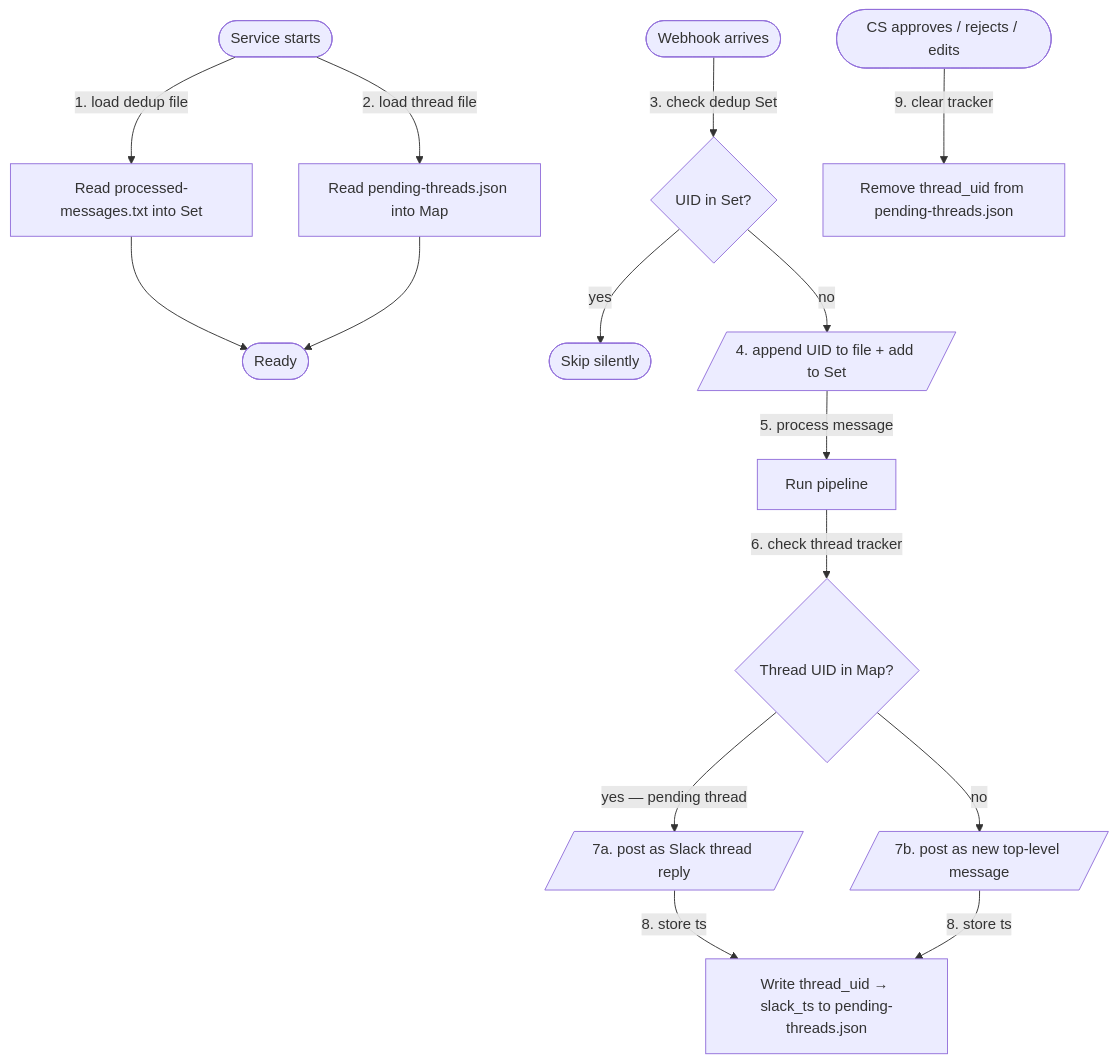
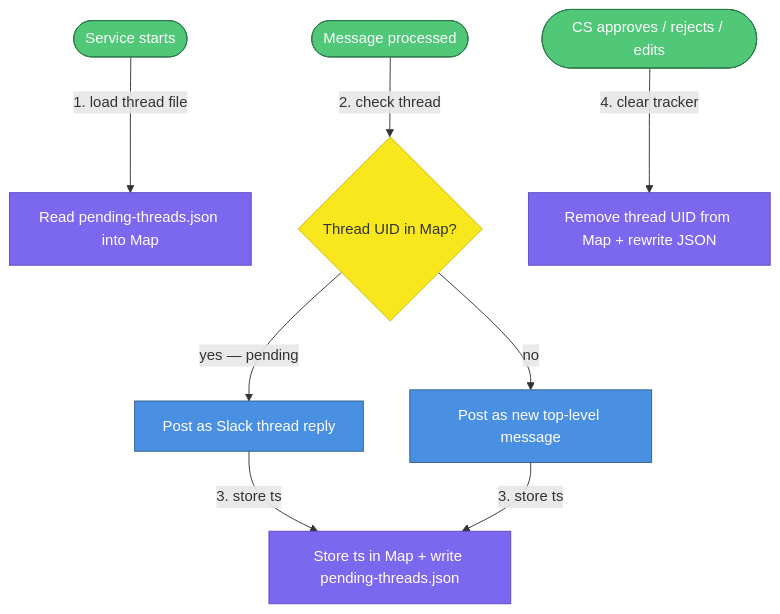
Before and after one commit to viiqswim/vlre-ai-employee: the tenth of 11 diagrams in docs/2026-03-18-1312-architecture.md, drawn with Mermaid. The commit also changed other lines of this file, not shown here.

Commit message:
docs(arch): rewrite dedup and thread tracker diagrams

````diff
--- a/docs/2026-03-18-1312-architecture.md
+++ b/docs/2026-03-18-1312-architecture.md
@@ -480,19 +514,20 @@
 ```mermaid
 flowchart TD
-    BOOT([Service starts]) -->|"1. load dedup file"| DLOAD[Read processed-messages.txt into Set]
-    BOOT -->|"2. load thread file"| TLOAD[Read pending-threads.json into Map]
-    DLOAD --> READY([Ready])
-    TLOAD --> READY
+    BOOT([Service starts]) -->|"1. load thread file"| TLOAD[Read pending-threads.json into Map]
+    MSG([Message processed]) -->|"2. check thread"| TCHECK{Thread UID in Map?}
+    TCHECK -->|"yes — pending"| REPLY[Post as Slack thread reply]
+    TCHECK -->|"no"| NEWMSG[Post as new top-level message]
+    REPLY -->|"3. store ts"| TSTORE[Store ts in Map + write pending-threads.json]
+    NEWMSG -->|"3. store ts"| TSTORE
+    CS([CS approves / rejects / edits]) -->|"4. clear tracker"| TCLEAR[Remove thread UID from Map + rewrite JSON]
 
-    W([Webhook arrives]) -->|"3. check dedup Set"| DCHECK{UID in Set?}
-    DCHECK -->|"yes"| SKIP([Skip silently])
-    DCHECK -->|"no"| DADD[/"4. append UID to file + add to Set"/]
-    DADD -->|"5. process message"| PROC[Run pipeline]
-    PROC -->|"6. check thread tracker"| TCHECK{Thread UID in Map?}
-    TCHECK -->|"yes — pending thread"| REPLY[/"7a. post as Slack thread reply"/]
-    TCHECK -->|"no"| NEWMSG[/"7b. post as new top-level message"/]
-    REPLY -->|"8. store ts"| TSTORE[Write thread_uid → slack_ts to pending-threads.json]
-    NEWMSG -->|"8. store ts"| TSTORE
+    classDef event fill:#50C878,stroke:#2D7A4A,color:#fff
+    classDef decision fill:#F8E71C,stroke:#C7B916,color:#333
+    classDef service fill:#4A90E2,stroke:#2E5C8A,color:#fff
+    classDef storage fill:#7B68EE,stroke:#5B4BC7,color:#fff
 
-    CS([CS approves / rejects / edits]) -->|"9. clear tracker"| TCLEAR[Remove thread_uid from pending-threads.json]
+    class BOOT,MSG,CS event
+    class TCHECK decision
+    class TLOAD,TSTORE,TCLEAR storage
+    class REPLY,NEWMSG service
 ```
````
